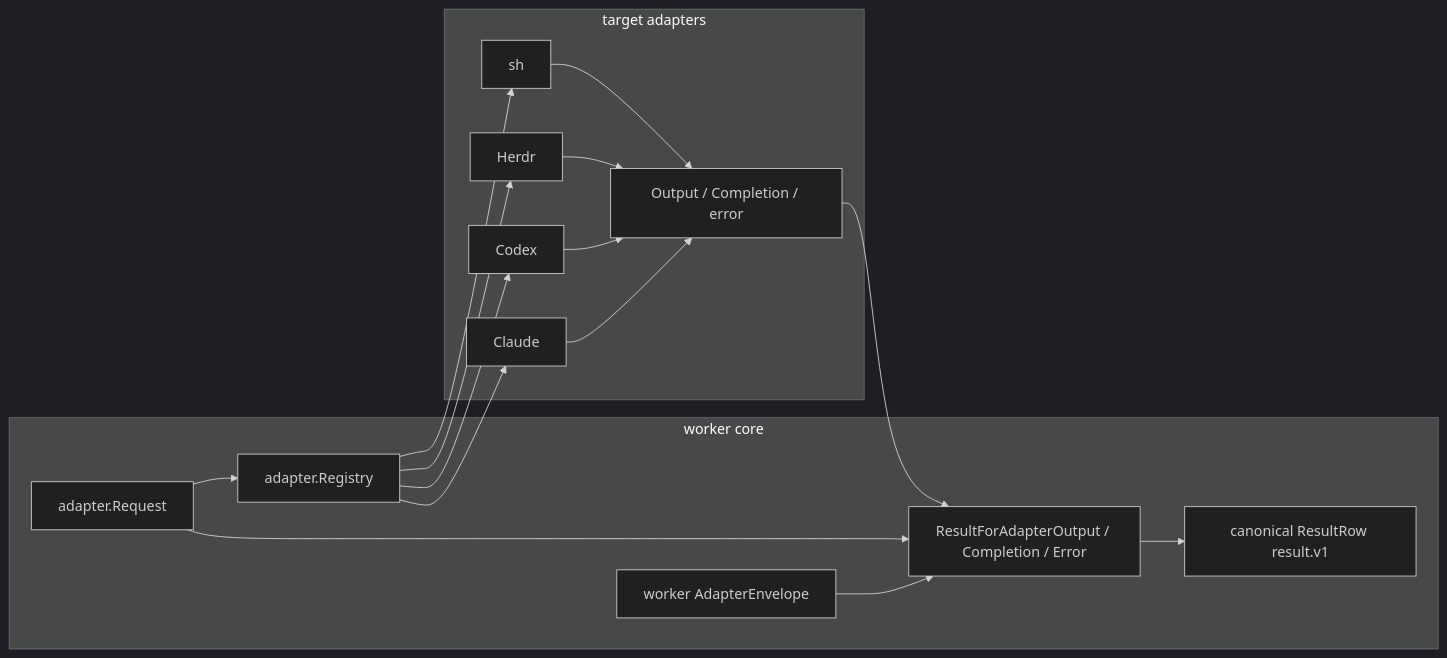
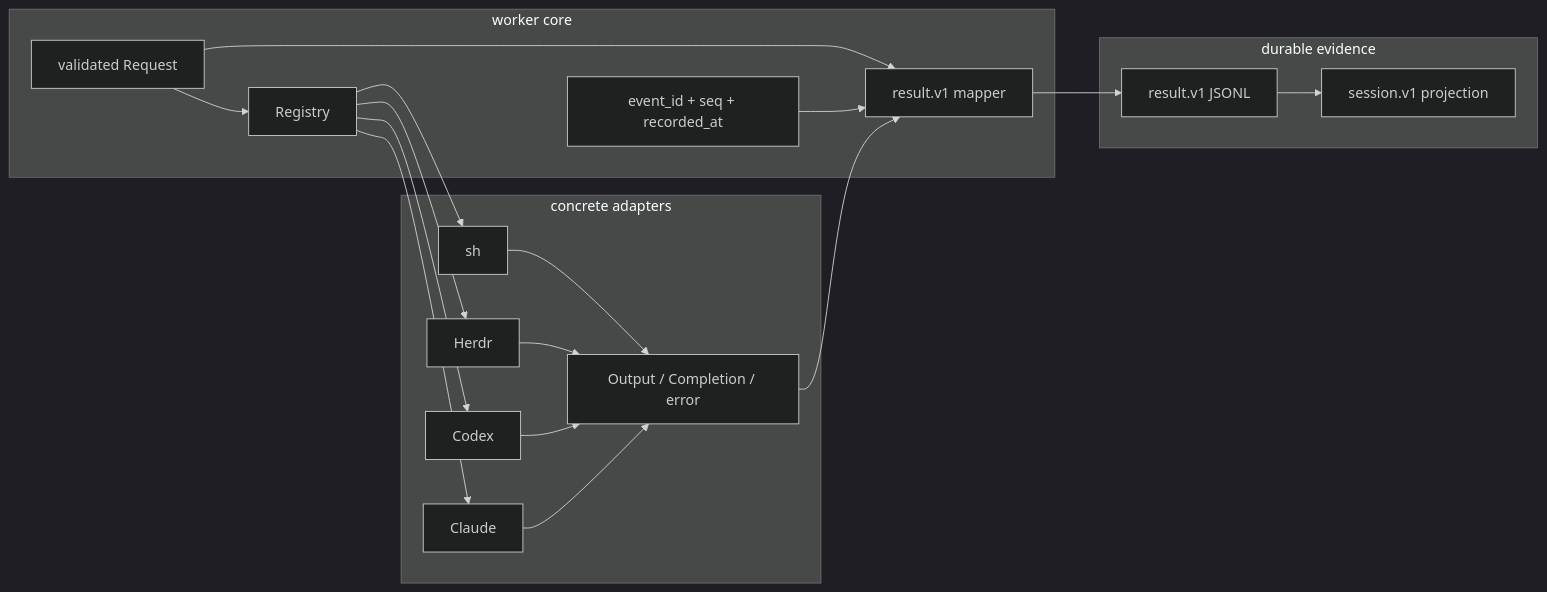
The diagram in docs/architecture/worker-adapter-contract.md (roccho-dev/hq), drawn with Mermaid (dark theme) before and after one commit. The commit also changed other lines of this file, not shown here.

Commit message:
Document result.v1 as the sole durable adapter output

````diff
--- a/docs/architecture/worker-adapter-contract.md
+++ b/docs/architecture/worker-adapter-contract.md
@@ -34,32 +23,37 @@
 ```mermaid
 flowchart LR
-  subgraph worker["worker core"]
-    request["adapter.Request"]
-    registry["adapter.Registry"]
-    envelope["worker AdapterEnvelope"]
-    mapper["ResultForAdapterOutput / Completion / Error"]
-    result["canonical ResultRow result.v1"]
+  subgraph worker[worker core]
+    request[validated Request]
+    registry[Registry]
+    envelope[event_id + seq + recorded_at]
+    mapper[result.v1 mapper]
   end
 
-  subgraph targets["target adapters"]
-    sh["sh"]
-    herdr["Herdr"]
-    codex["Codex"]
-    claude["Claude"]
-    transient["Output / Completion / error"]
+  subgraph adapters[concrete adapters]
+    sh[sh]
+    herdr[Herdr]
+    codex[Codex]
+    claude[Claude]
+    transient[Output / Completion / error]
+  end
+
+  subgraph evidence[durable evidence]
+    result[result.v1 JSONL]
+    session[session.v1 projection]
   end
 
   request --> registry
   registry --> sh
   registry --> herdr
   registry --> codex
   registry --> claude
   sh --> transient
   herdr --> transient
   codex --> transient
   claude --> transient
-  transient --> mapper
   request --> mapper
   envelope --> mapper
+  transient --> mapper
   mapper --> result
+  result --> session
 ```
````
